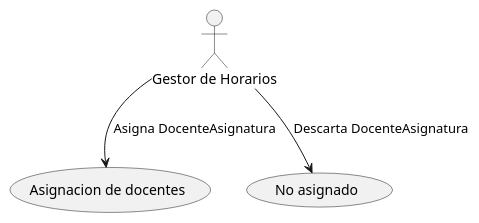
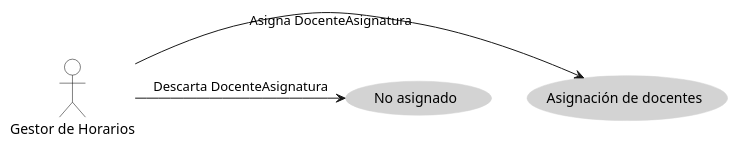
One commit to FernandoWilliam26/23-24-IdSw1-SDR changed the diagram in Casos de Uso/Asignacion de docente.puml. Above: the diagram before and after it, drawn with PlantUML. The commit also changed 1 other file, not shown here.

```diff
--- a/Casos de Uso/Asignacion de docente.puml
+++ b/Casos de Uso/Asignacion de docente.puml
@@ -1,10 +1,20 @@
 @startuml
-actor "Gestor de Horarios" as A
 
-usecase "Asignacion de docentes" as UC1
-usecase "No asignado" as UC2
+skinparam usecase {
+  BackgroundColor #D3D3D3 
+  BorderColor #D3D3D3      
+}
 
-A --> UC1 : Asigna DocenteAsignatura
-A --> UC2 : Descarta DocenteAsignatura
+skinparam actor {
+  BackgroundColor #FFFFFF
+  BorderColor #000000
+}
+
+actor "Gestor de Horarios" as Gestor
+usecase "Asignación de docentes" as Asignacion
+usecase "No asignado" as NoAsignado
+
+Gestor -right-> Asignacion : Asigna DocenteAsignatura
+Gestor -right-> NoAsignado : Descarta DocenteAsignatura
 
 @enduml
```
